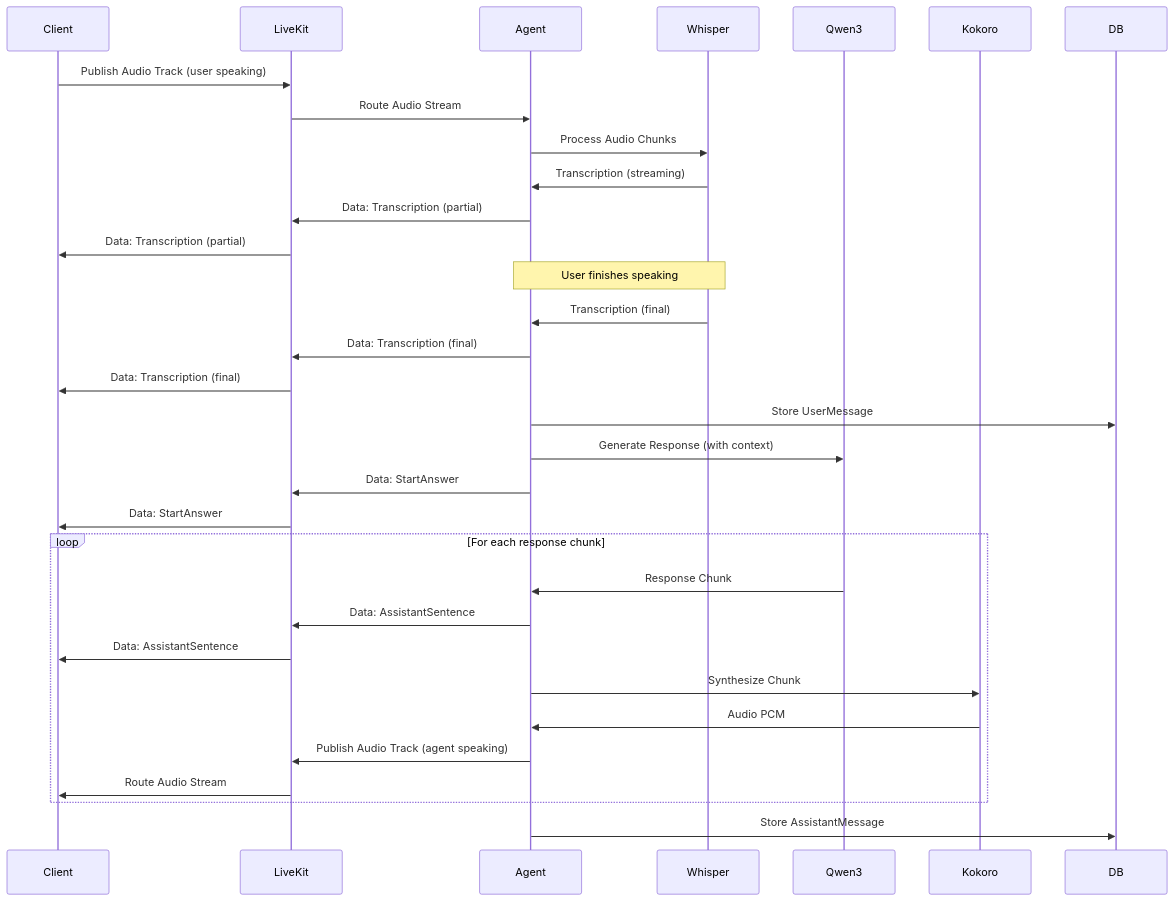
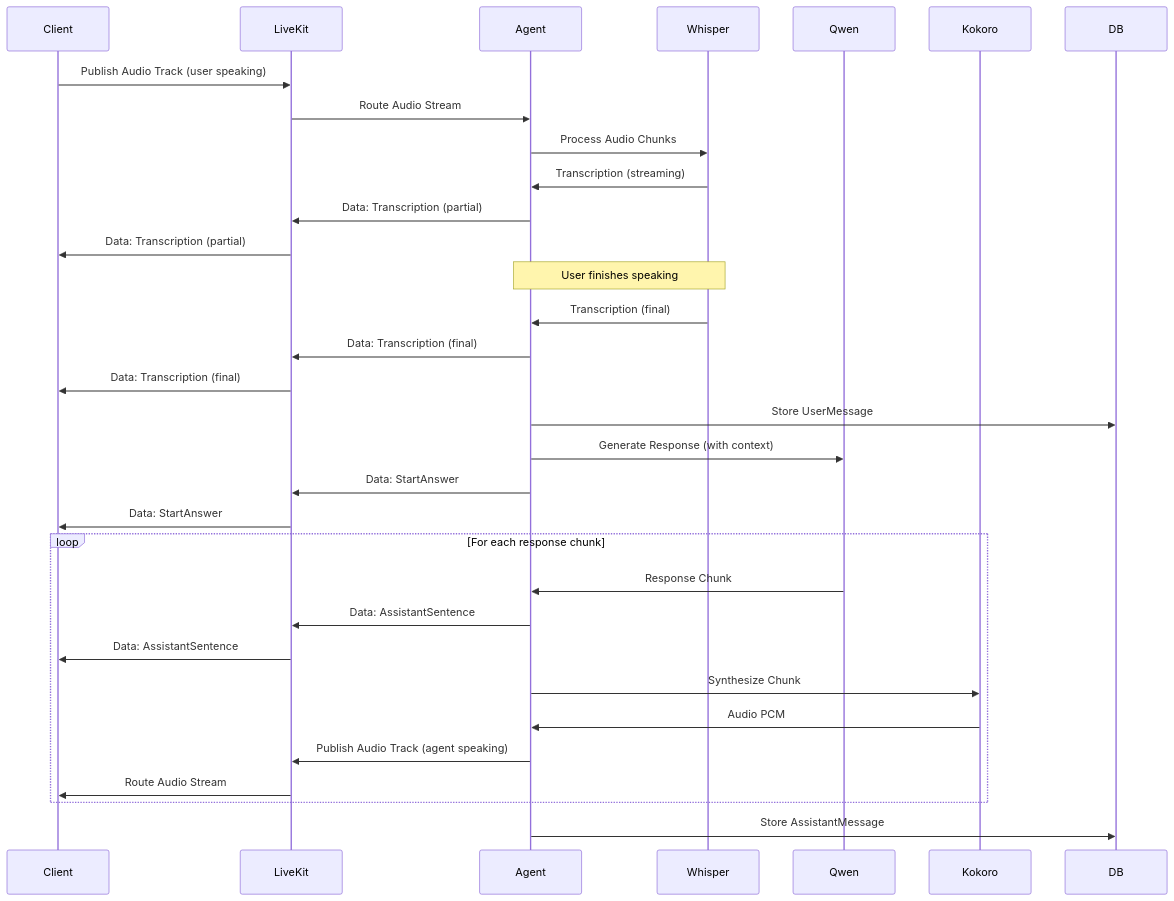
One commit to longregen/alicia changed the fourth of 5 diagrams in docs/ARCHITECTURE.md. Above: the diagram before and after it, drawn with Mermaid. The commit also changed other lines of this file and 432 other files, not shown here.

````diff
--- a/docs/ARCHITECTURE.md
+++ b/docs/ARCHITECTURE.md
@@ -722,42 +518,42 @@
 ```mermaid
 sequenceDiagram
     participant Client
     participant LiveKit
     participant Agent
     participant Whisper
-    participant Qwen3
+    participant Qwen
     participant Kokoro
     participant DB
 
     Client->>LiveKit: Publish Audio Track (user speaking)
     LiveKit->>Agent: Route Audio Stream
 
     Agent->>Whisper: Process Audio Chunks
     Whisper->>Agent: Transcription (streaming)
     Agent->>LiveKit: Data: Transcription (partial)
     LiveKit->>Client: Data: Transcription (partial)
 
     Note over Agent,Whisper: User finishes speaking
 
     Whisper->>Agent: Transcription (final)
     Agent->>LiveKit: Data: Transcription (final)
     LiveKit->>Client: Data: Transcription (final)
 
     Agent->>DB: Store UserMessage
-    Agent->>Qwen3: Generate Response (with context)
+    Agent->>Qwen: Generate Response (with context)
 
     Agent->>LiveKit: Data: StartAnswer
     LiveKit->>Client: Data: StartAnswer
 
     loop For each response chunk
-        Qwen3->>Agent: Response Chunk
+        Qwen->>Agent: Response Chunk
         Agent->>LiveKit: Data: AssistantSentence
         LiveKit->>Client: Data: AssistantSentence
         Agent->>Kokoro: Synthesize Chunk
         Kokoro->>Agent: Audio PCM
         Agent->>LiveKit: Publish Audio Track (agent speaking)
         LiveKit->>Client: Route Audio Stream
     end
 
     Agent->>DB: Store AssistantMessage
 ```
````
